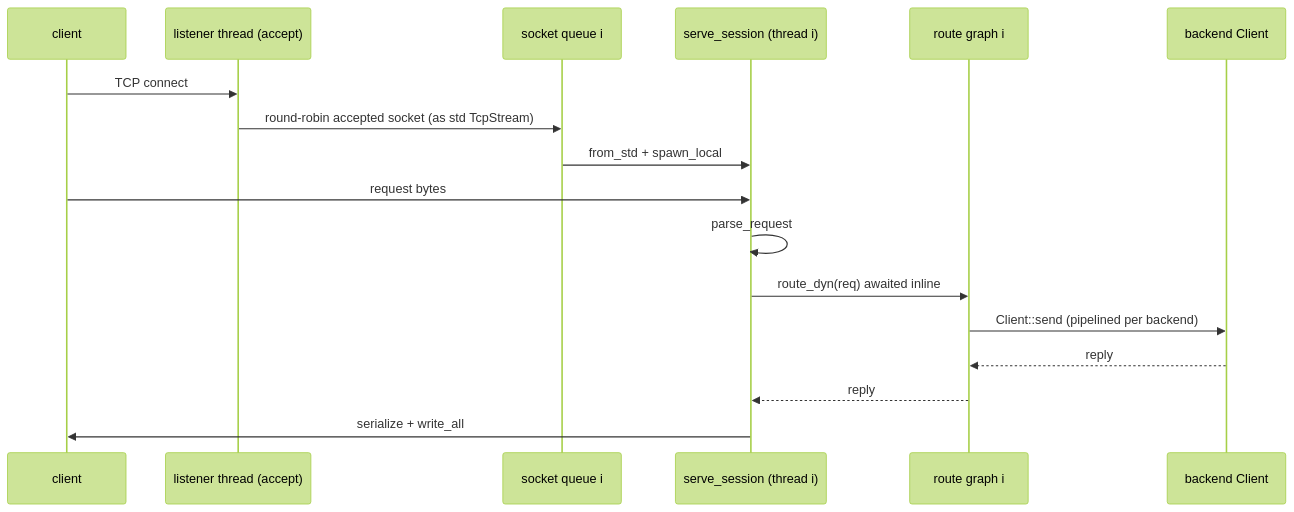
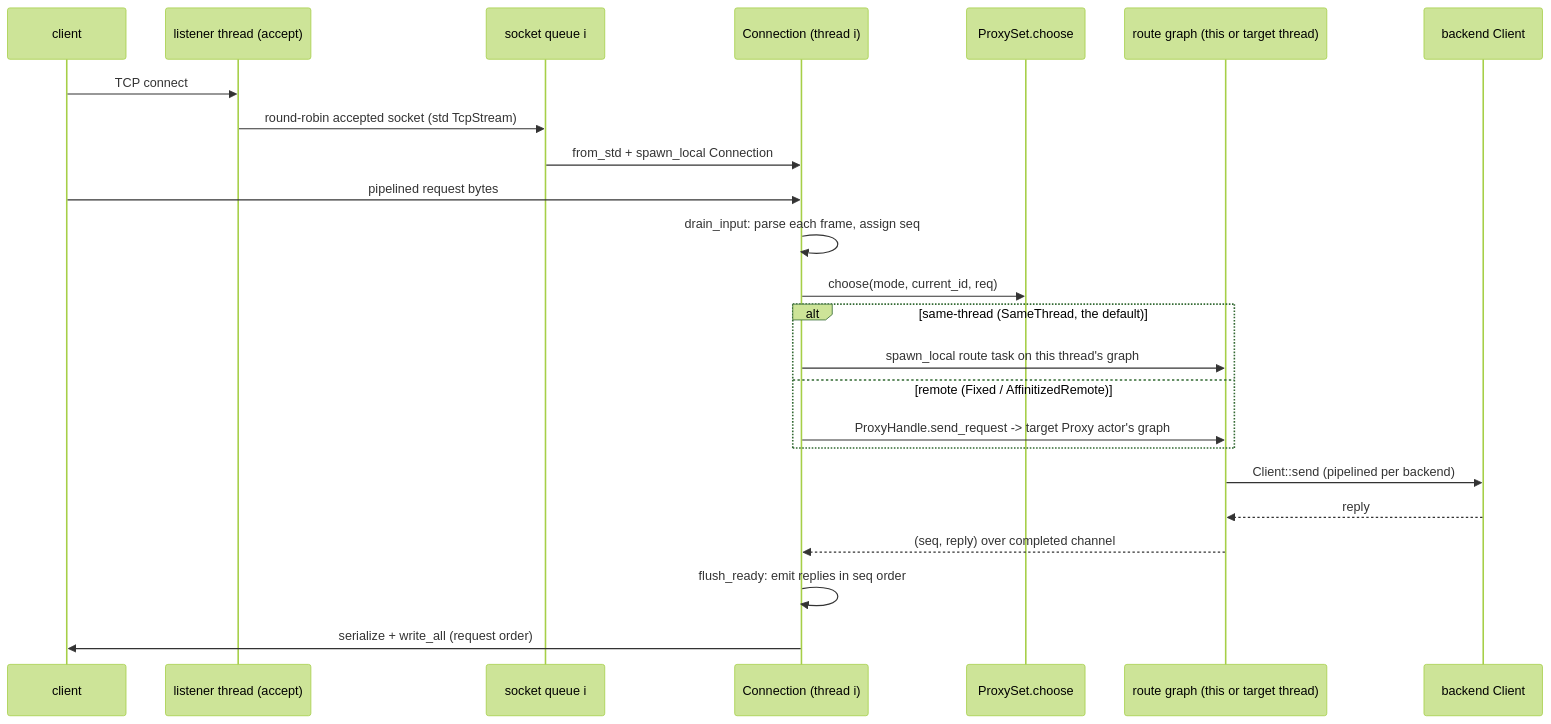
The fourth of 4 diagrams in docs/architecture/threading-model.md (raydatray/rusty-mcrouter), drawn with Mermaid (forest theme) before and after one commit. The commit also changed other lines of this file and 1 other file, not shown here.

````diff
--- a/docs/architecture/threading-model.md
+++ b/docs/architecture/threading-model.md
@@ -171,20 +299,27 @@
 ```mermaid
 sequenceDiagram
   participant C as client
   participant L as listener thread (accept)
   participant Qi as socket queue i
-  participant Wi as serve_session (thread i)
-  participant Gi as route graph i
+  participant Wi as Connection (thread i)
+  participant PS as ProxySet.choose
+  participant G as route graph (this or target thread)
   participant B as backend Client
 
   C->>L: TCP connect
-  L->>Qi: round-robin accepted socket (as std TcpStream)
-  Qi->>Wi: from_std + spawn_local
-  C->>Wi: request bytes
-  Wi->>Wi: parse_request
-  Wi->>Gi: route_dyn(req) awaited inline
-  Gi->>B: Client::send (pipelined per backend)
-  B-->>Gi: reply
-  Gi-->>Wi: reply
-  Wi->>C: serialize + write_all
+  L->>Qi: round-robin accepted socket (std TcpStream)
+  Qi->>Wi: from_std + spawn_local Connection
+  C->>Wi: pipelined request bytes
+  Wi->>Wi: drain_input: parse each frame, assign seq
+  Wi->>PS: choose(mode, current_id, req)
+  alt same-thread (SameThread, the default)
+    Wi->>G: spawn_local route task on this thread's graph
+  else remote (Fixed / AffinitizedRemote)
+    Wi->>G: ProxyHandle.send_request -> target Proxy actor's graph
+  end
+  G->>B: Client::send (pipelined per backend)
+  B-->>G: reply
+  G-->>Wi: (seq, reply) over completed channel
+  Wi->>Wi: flush_ready: emit replies in seq order
+  Wi->>C: serialize + write_all (request order)
 ```
````
